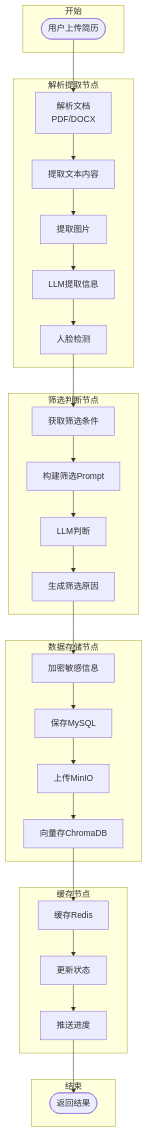
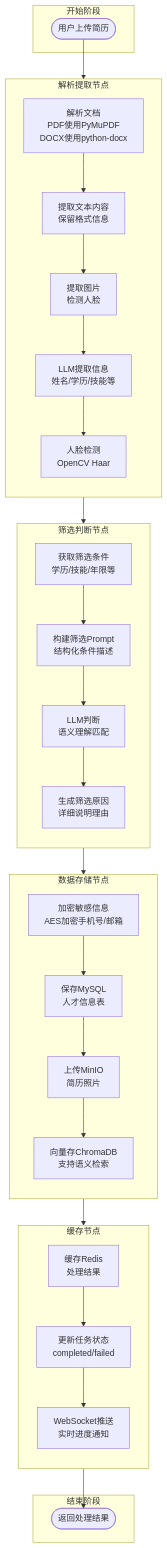
One commit to xt765/ResumeScreening changed the fifth of 14 diagrams in README.md. Above: the diagram before and after it, drawn with Mermaid. The commit also changed other lines of this file and 2 other files, not shown here.

First line of the commit message:
docs: README添加详细文字讲解，实现图文并茂

````diff
--- a/README.md
+++ b/README.md
@@ -187,48 +256,52 @@
 ```mermaid
 graph TB
-    subgraph 开始
+    subgraph 开始["开始阶段"]
         A([用户上传简历])
     end
     
-    subgraph ParseExtractNode[解析提取节点]
-        B1[解析文档<br/>PDF/DOCX]
-        B2[提取文本内容]
-        B3[提取图片]
-        B4[LLM提取信息]
-        B5[人脸检测]
+    subgraph ParseExtractNode["解析提取节点"]
+        direction TB
+        B1[解析文档<br/>PDF使用PyMuPDF<br/>DOCX使用python-docx]
+        B2[提取文本内容<br/>保留格式信息]
+        B3[提取图片<br/>检测人脸]
+        B4[LLM提取信息<br/>姓名/学历/技能等]
+        B5[人脸检测<br/>OpenCV Haar]
         B1 --> B2 --> B3 --> B4 --> B5
     end
     
-    subgraph FilterNode[筛选判断节点]
-        C1[获取筛选条件]
-        C2[构建筛选Prompt]
-        C3[LLM判断]
-        C4[生成筛选原因]
+    subgraph FilterNode["筛选判断节点"]
+        direction TB
+        C1[获取筛选条件<br/>学历/技能/年限等]
+        C2[构建筛选Prompt<br/>结构化条件描述]
+        C3[LLM判断<br/>语义理解匹配]
+        C4[生成筛选原因<br/>详细说明理由]
         C1 --> C2 --> C3 --> C4
     end
     
-    subgraph StoreNode[数据存储节点]
-        D1[加密敏感信息]
-        D2[保存MySQL]
-        D3[上传MinIO]
-        D4[向量存ChromaDB]
+    subgraph StoreNode["数据存储节点"]
+        direction TB
+        D1[加密敏感信息<br/>AES加密手机号/邮箱]
+        D2[保存MySQL<br/>人才信息表]
+        D3[上传MinIO<br/>简历照片]
+        D4[向量存ChromaDB<br/>支持语义检索]
         D1 --> D2 --> D3 --> D4
     end
     
-    subgraph CacheNode[缓存节点]
-        E1[缓存Redis]
-        E2[更新状态]
-        E3[推送进度]
+    subgraph CacheNode["缓存节点"]
+        direction TB
+        E1[缓存Redis<br/>处理结果]
+        E2[更新任务状态<br/>completed/failed]
+        E3[WebSocket推送<br/>实时进度通知]
         E1 --> E2 --> E3
     end
     
-    subgraph 结束
-        F([返回结果])
+    subgraph 结束["结束阶段"]
+        F([返回处理结果])
     end
     
     A --> B1
     B5 --> C1
     C4 --> D1
     D4 --> E1
     E3 --> F
 ```
````
